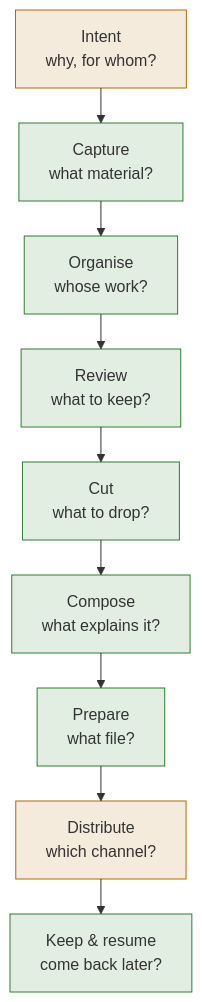
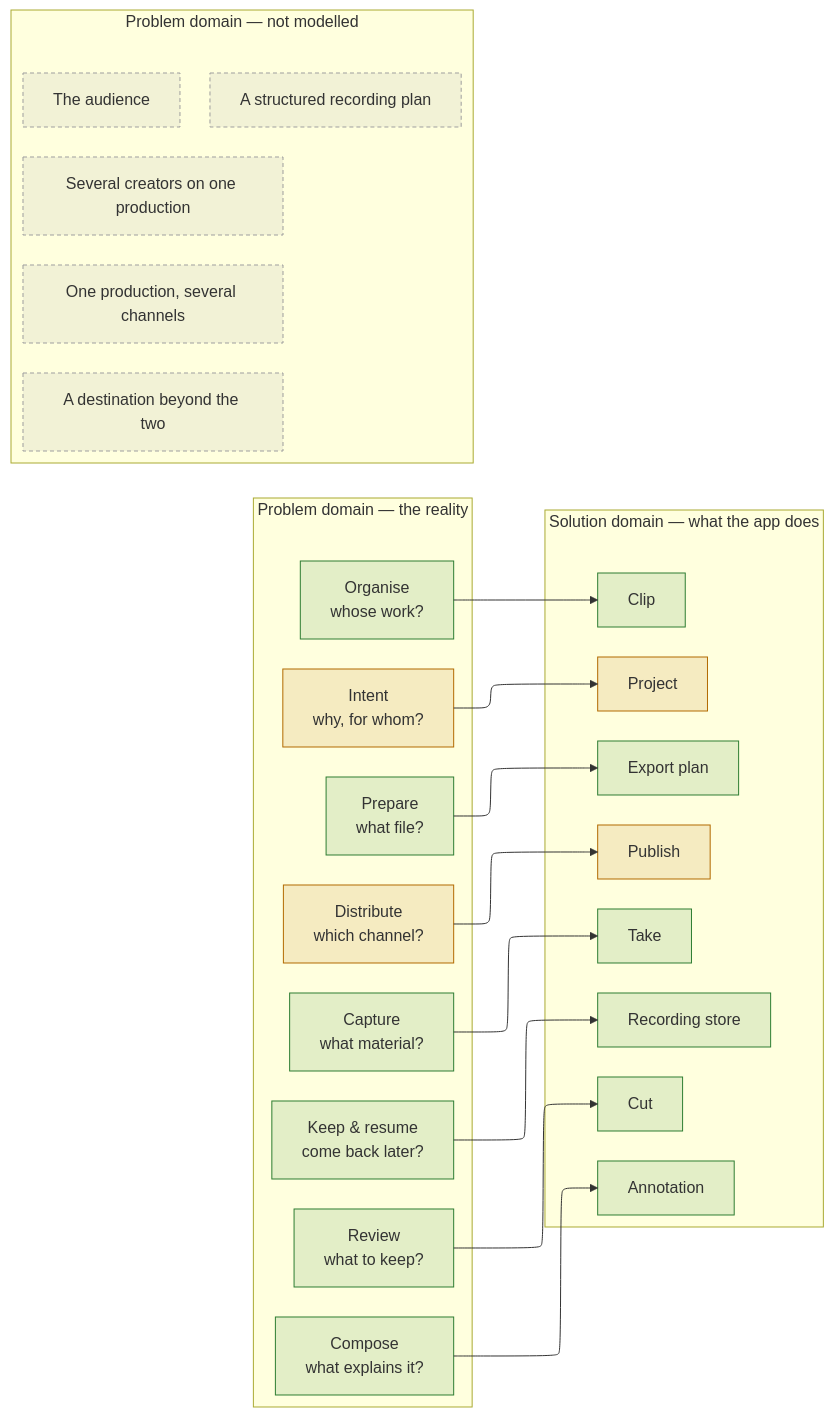
One commit to acs/democlip changed the diagram in docs/ontology/README.md. Above: the diagram before and after it, drawn with Mermaid. The commit also changed other lines of this file, not shown here.

Commit message:
docs: bring the head-to-head map back, with coverage as box colour
The lifecycle coverage view told the truth but lost the side-by-side the map
had. This brings the two domains face to face again — the stages on the left,
the concepts on the right, one line per pair — and lets the box colour carry
the coverage: green served, amber partly served, dashed grey not modelled.

The five concerns nothing serves sit in their own "not modelled" group rather
than as loose boxes, so the two columns stay aligned. Only intent (a free-text
description stands in for a plan) and distribute (Bluesky and YouTube, one at a
time) are partial; the prose keeps the many-to-one point.

````diff
--- a/docs/ontology/README.md
+++ b/docs/ontology/README.md
@@ -48,15 +47,49 @@
 ```mermaid
 %%{init: {"layout": "elk"}}%%
-flowchart TB
-    intent["Intent<br/>why, for whom?"]:::partial --> capture["Capture<br/>what material?"]:::served
-    capture --> organise["Organise<br/>whose work?"]:::served
-    organise --> review["Review<br/>what to keep?"]:::served
-    review --> cut["Cut<br/>what to drop?"]:::served
-    cut --> compose["Compose<br/>what explains it?"]:::served
-    compose --> prepare["Prepare<br/>what file?"]:::served
-    prepare --> distribute["Distribute<br/>which channel?"]:::partial
-    distribute --> keep["Keep & resume<br/>come back later?"]:::served
+flowchart LR
+    subgraph PD["Problem domain — the reality"]
+        direction TB
+        intent["Intent<br/>why, for whom?"]:::partial
+        capture["Capture<br/>what material?"]:::served
+        organise["Organise<br/>whose work?"]:::served
+        review["Review<br/>what to keep?"]:::served
+        compose["Compose<br/>what explains it?"]:::served
+        prepare["Prepare<br/>what file?"]:::served
+        distribute["Distribute<br/>which channel?"]:::partial
+        keep["Keep & resume<br/>come back later?"]:::served
+    end
+
+    subgraph SD["Solution domain — what the app does"]
+        direction TB
+        project["Project"]:::partial
+        take["Take"]:::served
+        clip["Clip"]:::served
+        cut["Cut"]:::served
+        annotation["Annotation"]:::served
+        exportplan["Export plan"]:::served
+        publish["Publish"]:::partial
+        store["Recording store"]:::served
+    end
+
+    subgraph GAP["Problem domain — not modelled"]
+        direction TB
+        audience["The audience"]:::none
+        plan["A structured recording plan"]:::none
+        creators["Several creators on one production"]:::none
+        variants["One production, several channels"]:::none
+        more["A destination beyond the two"]:::none
+    end
+
+    intent --> project
+    capture --> take
+    organise --> clip
+    review --> cut
+    compose --> annotation
+    prepare --> exportplan
+    distribute --> publish
+    keep --> store
 
     classDef served fill:#2e7d3222,stroke:#2e7d32,stroke-width:1px
     classDef partial fill:#b26a0022,stroke:#b26a00,stroke-width:1px
+    classDef none fill:#9e9e9e22,stroke:#9e9e9e,stroke-dasharray:4 3,stroke-width:1px
 ```
````
